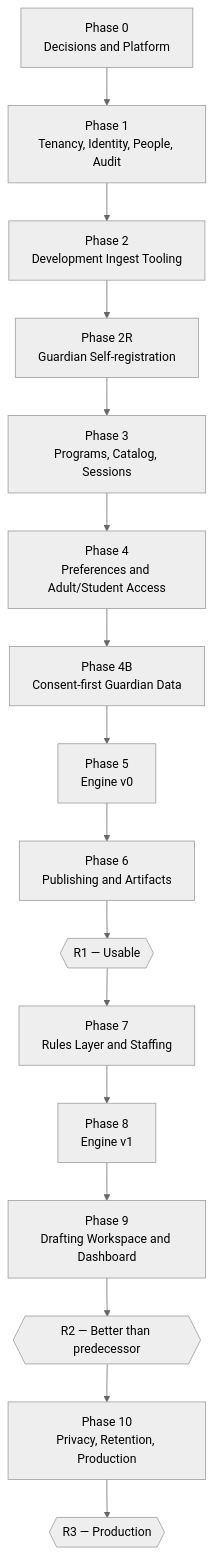
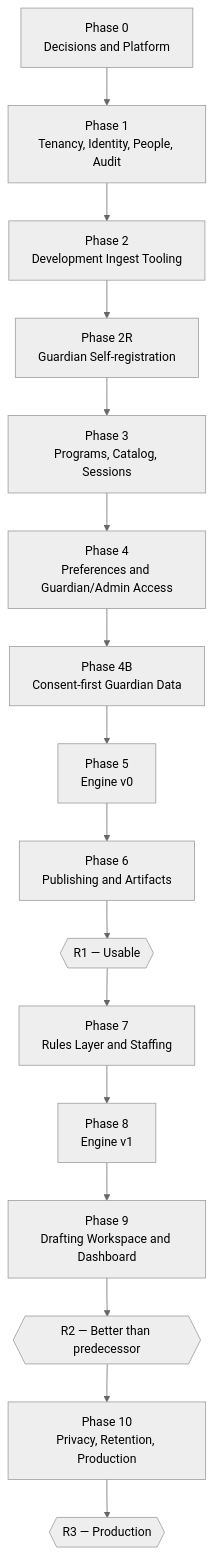
Before and after one commit to christophergm/miniclass: the diagram in PLAN.md, drawn with Mermaid (neutral theme). The commit also changed other lines of this file and 63 other files, not shown here.

First line of the commit message:
refactor: retire direct student preference access (#274)

````diff
--- a/PLAN.md
+++ b/PLAN.md
@@ -161,18 +161,18 @@
 ```mermaid
 graph TD
     P0["Phase 0<br/>Decisions and Platform"] --> P1["Phase 1<br/>Tenancy, Identity, People, Audit"]
     P1 --> P2["Phase 2<br/>Development Ingest Tooling"]
     P2 --> P2R["Phase 2R<br/>Guardian Self-registration"]
     P2R --> P3["Phase 3<br/>Programs, Catalog, Sessions"]
-    P3 --> P4["Phase 4<br/>Preferences and Adult/Student Access"]
+    P3 --> P4["Phase 4<br/>Preferences and Guardian/Admin Access"]
     P4 --> P4B["Phase 4B<br/>Consent-first Guardian Data"]
     P4B --> P5["Phase 5<br/>Engine v0"]
     P5 --> P6["Phase 6<br/>Publishing and Artifacts"]
     P6 --> R1{{"R1 — Usable"}}
     R1 --> P7["Phase 7<br/>Rules Layer and Staffing"]
     P7 --> P8["Phase 8<br/>Engine v1"]
     P8 --> P9["Phase 9<br/>Drafting Workspace and Dashboard"]
     P9 --> R2{{"R2 — Better than predecessor"}}
     R2 --> P10["Phase 10<br/>Privacy, Retention, Production"]
     P10 --> R3{{"R3 — Production"}}
 ```
````
